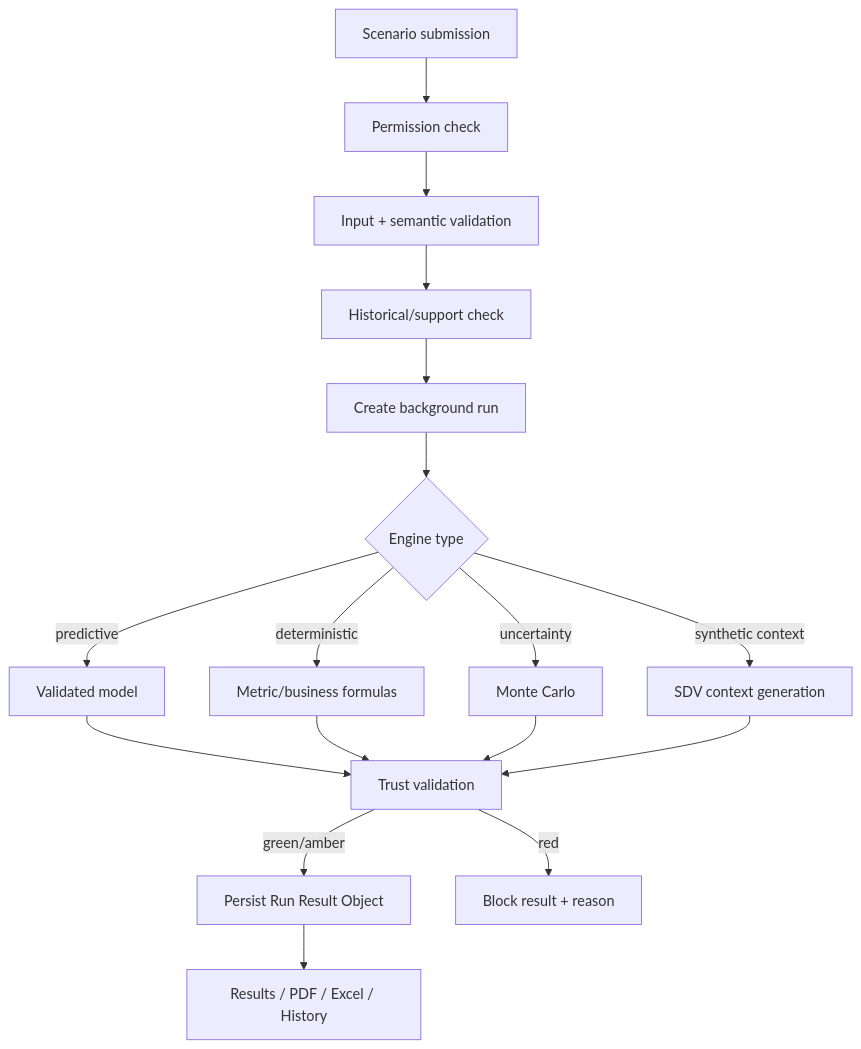
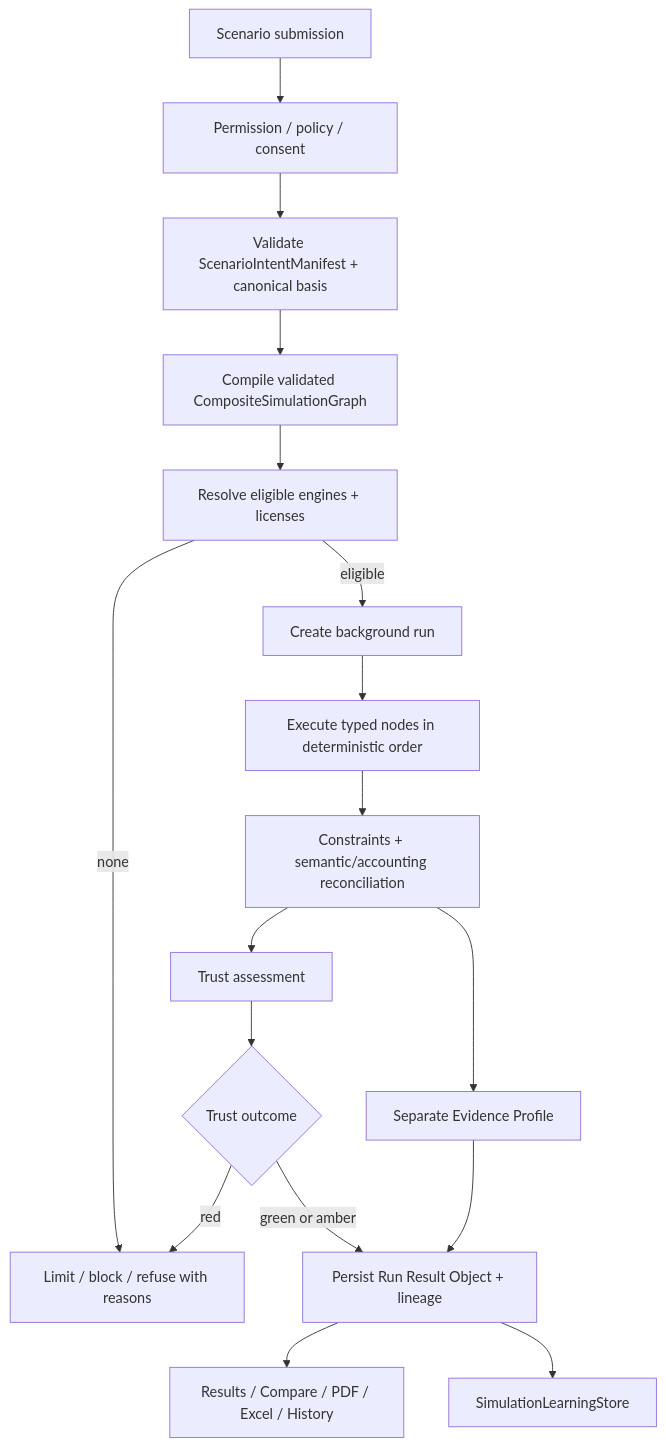
The diagram in flows/08_SIMULATION_EXECUTION.md (Kedar-Joshi07/IPSP), drawn with Mermaid before and after one commit. The commit also changed 43 other files, not shown here.

````diff
--- a/flows/08_SIMULATION_EXECUTION.md
+++ b/flows/08_SIMULATION_EXECUTION.md
@@ -2,19 +2,19 @@
 ```mermaid
 flowchart TD
-  U[Scenario submission] --> P[Permission check]
-  P --> I[Input + semantic validation]
-  I --> S[Historical/support check]
-  S --> J[Create background run]
-  J --> E{Engine type}
-  E -->|predictive| ML[Validated model]
-  E -->|deterministic| DET[Metric/business formulas]
-  E -->|uncertainty| MC[Monte Carlo]
-  E -->|synthetic context| SDV[SDV context generation]
-  ML --> T[Trust validation]
-  DET --> T
-  MC --> T
-  SDV --> T
-  T -->|green/amber| SAVE[Persist Run Result Object]
-  T -->|red| BLOCK[Block result + reason]
-  SAVE --> UI[Results / PDF / Excel / History]
+  U[Scenario submission] --> P[Permission / policy / consent]
+  P --> I[Validate ScenarioIntentManifest + canonical basis]
+  I --> G[Compile validated CompositeSimulationGraph]
+  G --> R[Resolve eligible engines + licenses]
+  R -->|none| REFUSE[Limit / block / refuse with reasons]
+  R -->|eligible| J[Create background run]
+  J --> E[Execute typed nodes in deterministic order]
+  E --> REC[Constraints + semantic/accounting reconciliation]
+  REC --> T[Trust assessment]
+  REC --> EP[Separate Evidence Profile]
+  T --> O{Trust outcome}
+  O -->|red| REFUSE
+  O -->|green or amber| SAVE[Persist Run Result Object + lineage]
+  EP --> SAVE
+  SAVE --> UI[Results / Compare / PDF / Excel / History]
+  SAVE --> L[SimulationLearningStore]
 ```
````
